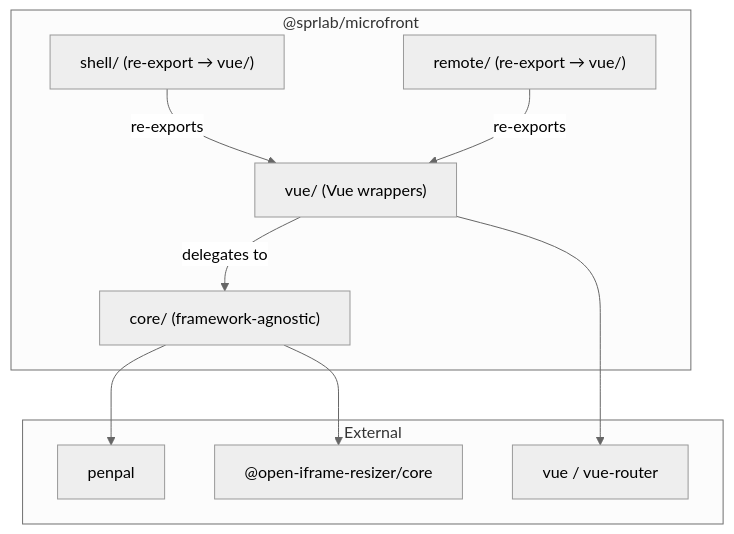
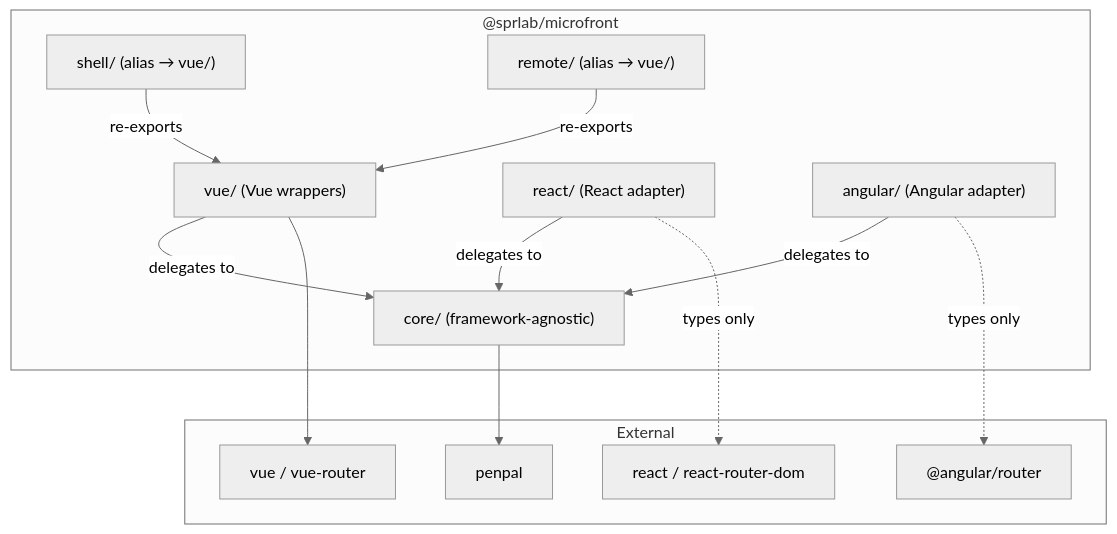
Before and after one commit to sapersaper/sprlab-microfront: the diagram in .kiro/specs/library-restructure/design.md, drawn with Mermaid (neutral theme). The commit also changed other lines of this file and 91 other files, not shown here.

````diff
--- a/.kiro/specs/library-restructure/design.md
+++ b/.kiro/specs/library-restructure/design.md
@@ -24,23 +9,29 @@
 ```mermaid
 graph TD
     subgraph "@sprlab/microfront"
         CORE["core/ (framework-agnostic)"]
         VUE["vue/ (Vue wrappers)"]
-        SHELL["shell/ (re-export → vue/)"]
-        REMOTE["remote/ (re-export → vue/)"]
+        REACT["react/ (React adapter)"]
+        ANGULAR["angular/ (Angular adapter)"]
+        SHELL["shell/ (alias → vue/)"]
+        REMOTE["remote/ (alias → vue/)"]
     end
 
     VUE -->|delegates to| CORE
+    REACT -->|delegates to| CORE
+    ANGULAR -->|delegates to| CORE
     SHELL -->|re-exports| VUE
     REMOTE -->|re-exports| VUE
 
     subgraph "External"
         PENPAL["penpal"]
-        RESIZER["@open-iframe-resizer/core"]
         VUEFWK["vue / vue-router"]
+        REACTFWK["react / react-router-dom"]
+        ANGULARFWK["@angular/router"]
     end
 
     CORE --> PENPAL
-    CORE --> RESIZER
     VUE --> VUEFWK
+    REACT -.->|types only| REACTFWK
+    ANGULAR -.->|types only| ANGULARFWK
 ```
````
